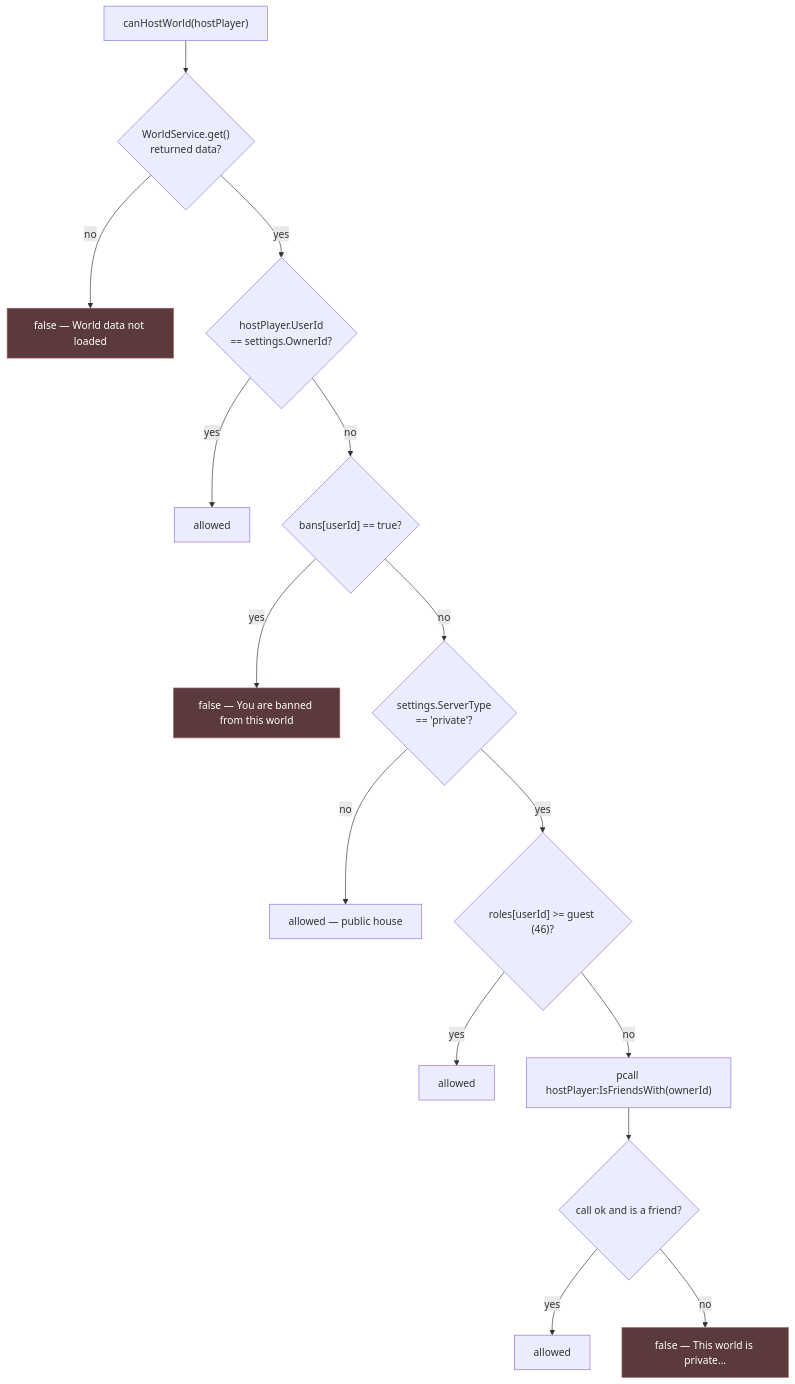
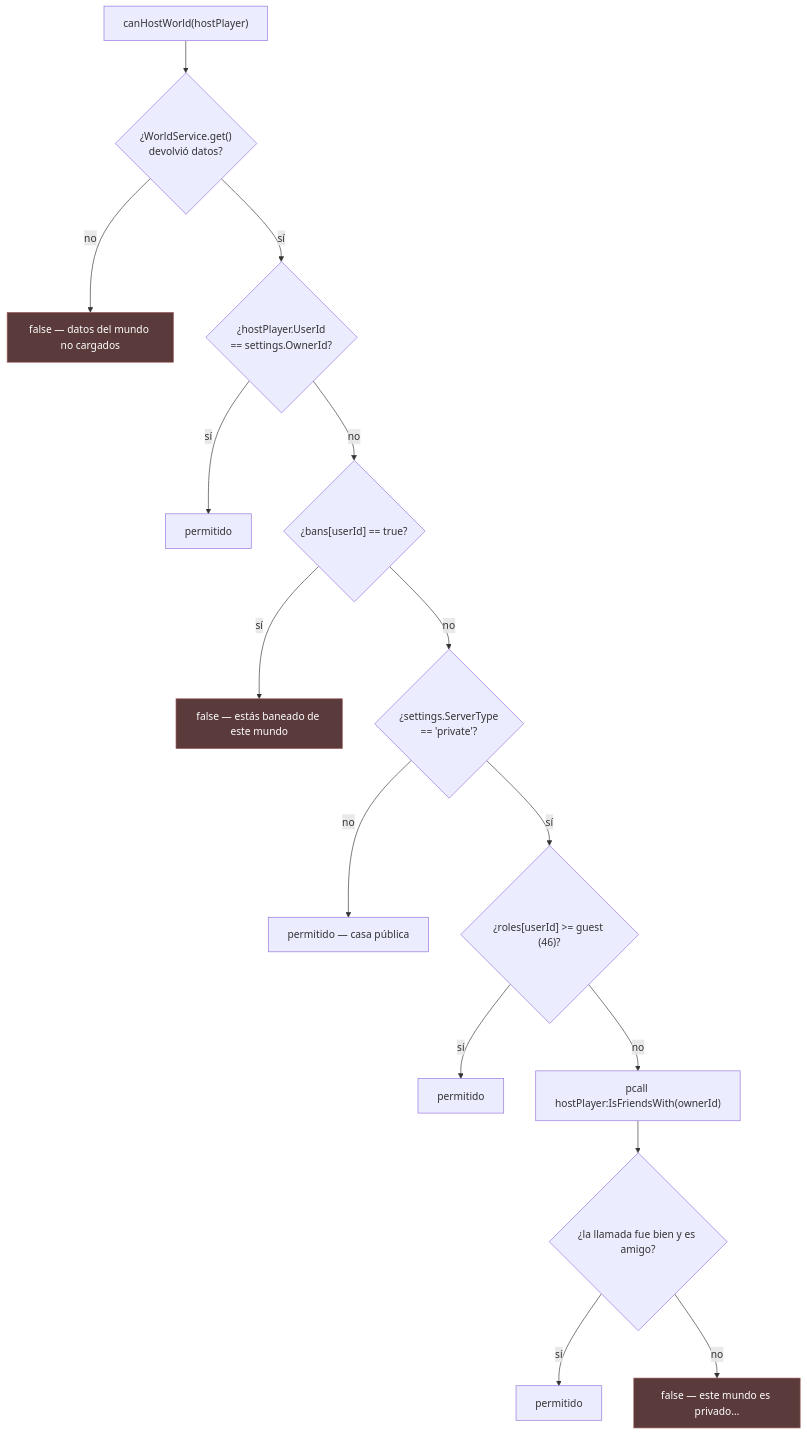
The first of 2 diagrams in docs/systems/housing/permissions.md (Arclyne/voz-hispana), drawn with Mermaid before and after one commit. The commit also changed other lines of this file and 6 other files, not shown here.

````diff
--- a/docs/systems/housing/permissions.md
+++ b/docs/systems/housing/permissions.md
@@ -52,21 +53,21 @@
 ```mermaid
 flowchart TD
-    A["canHostWorld(hostPlayer)"] --> B{"WorldService.get()<br/>returned data?"}
-    B -- no --> F1["false — World data not loaded"]
-    B -- yes --> C{"hostPlayer.UserId<br/>== settings.OwnerId?"}
-    C -- yes --> OK1["allowed"]
-    C -- no --> D{"bans[userId] == true?"}
-    D -- yes --> F2["false — You are banned from this world"]
-    D -- no --> E{"settings.ServerType<br/>== 'private'?"}
-    E -- no --> OK2["allowed — public house"]
-    E -- yes --> G{"roles[userId] >= guest (46)?"}
-    G -- yes --> OK3["allowed"]
+    A["canHostWorld(hostPlayer)"] --> B{"¿WorldService.get()<br/>devolvió datos?"}
+    B -- no --> F1["false — datos del mundo no cargados"]
+    B -- sí --> C{"¿hostPlayer.UserId<br/>== settings.OwnerId?"}
+    C -- sí --> OK1["permitido"]
+    C -- no --> D{"¿bans[userId] == true?"}
+    D -- sí --> F2["false — estás baneado de este mundo"]
+    D -- no --> E{"¿settings.ServerType<br/>== 'private'?"}
+    E -- no --> OK2["permitido — casa pública"]
+    E -- sí --> G{"¿roles[userId] >= guest (46)?"}
+    G -- sí --> OK3["permitido"]
     G -- no --> H["pcall hostPlayer:IsFriendsWith(ownerId)"]
-    H --> I{"call ok and is a friend?"}
-    I -- yes --> OK4["allowed"]
-    I -- no --> F3["false — This world is private…"]
+    H --> I{"¿la llamada fue bien y es amigo?"}
+    I -- sí --> OK4["permitido"]
+    I -- no --> F3["false — este mundo es privado…"]
 
     style F1 fill:#5a3a3a,stroke:#a66,color:#fff
     style F2 fill:#5a3a3a,stroke:#a66,color:#fff
     style F3 fill:#5a3a3a,stroke:#a66,color:#fff
 ```
````
